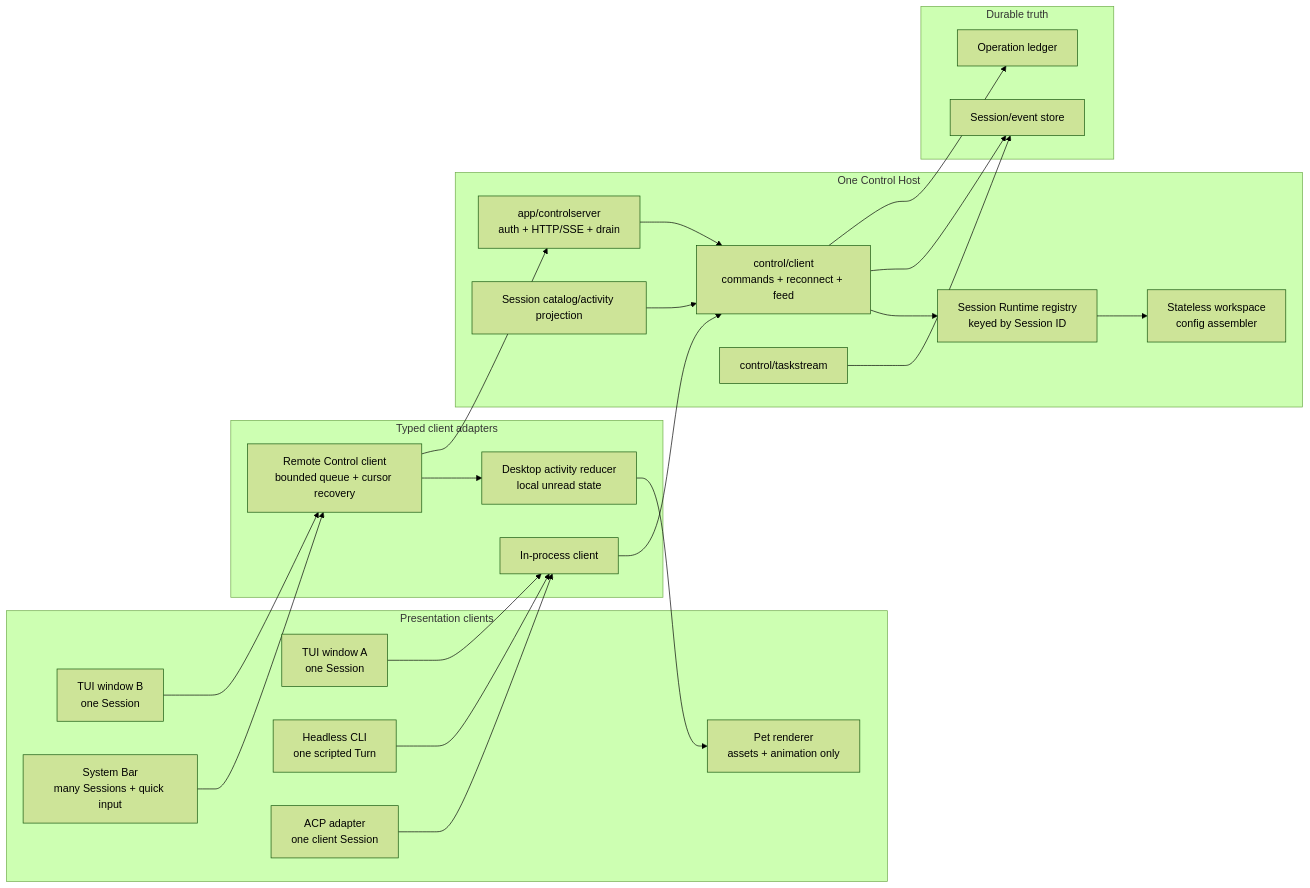
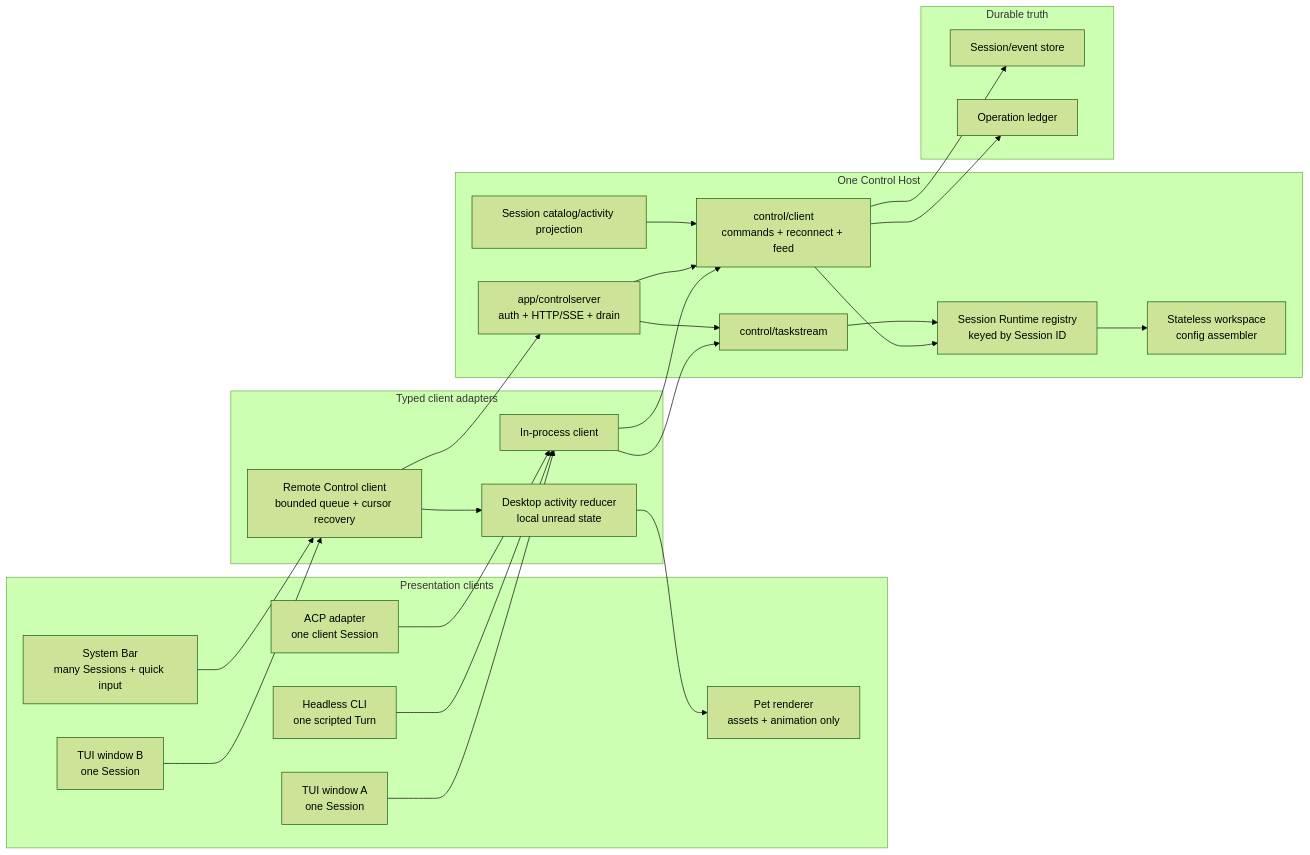
The first of 3 diagrams in docs/control-host-bar-pet-design.md (caelis-labs/caelis), drawn with Mermaid (forest theme) before and after one commit. The commit also changed other lines of this file and 38 other files, not shown here.

````diff
--- a/docs/control-host-bar-pet-design.md
+++ b/docs/control-host-bar-pet-design.md
@@ -417,48 +438,50 @@
 ```mermaid
 flowchart LR
     subgraph Presentation["Presentation clients"]
         TUI1["TUI window A<br/>one Session"]
         TUI2["TUI window B<br/>one Session"]
         HEADLESS["Headless CLI<br/>one scripted Turn"]
         ACP["ACP adapter<br/>one client Session"]
         BAR["System Bar<br/>many Sessions + quick input"]
         PET["Pet renderer<br/>assets + animation only"]
     end
 
     subgraph Client["Typed client adapters"]
         LOCAL["In-process client"]
         REMOTE["Remote Control client<br/>bounded queue + cursor recovery"]
         REDUCER["Desktop activity reducer<br/>local unread state"]
     end
 
     subgraph Host["One Control Host"]
         API["app/controlserver<br/>auth + HTTP/SSE + drain"]
         CATALOG["Session catalog/activity projection"]
         CONTROL["control/client<br/>commands + reconnect + feed"]
         TASKS["control/taskstream"]
         ASSEMBLER["Stateless workspace<br/>config assembler"]
         RUNTIME["Session Runtime registry<br/>keyed by Session ID"]
     end
 
     subgraph Durable["Durable truth"]
         STORE["Session/event store"]
         OPS["Operation ledger"]
     end
 
     TUI1 --> LOCAL
     TUI2 --> REMOTE
     HEADLESS --> LOCAL
     ACP --> LOCAL
     BAR --> REMOTE
     REMOTE --> REDUCER
     REDUCER --> PET
     LOCAL --> CONTROL
+    LOCAL --> TASKS
     REMOTE --> API
     API --> CONTROL
+    API --> TASKS
     CATALOG --> CONTROL
     CONTROL --> RUNTIME
+    TASKS --> RUNTIME
     RUNTIME --> ASSEMBLER
     CONTROL --> STORE
     CONTROL --> OPS
-    TASKS --> STORE
 ```
````
